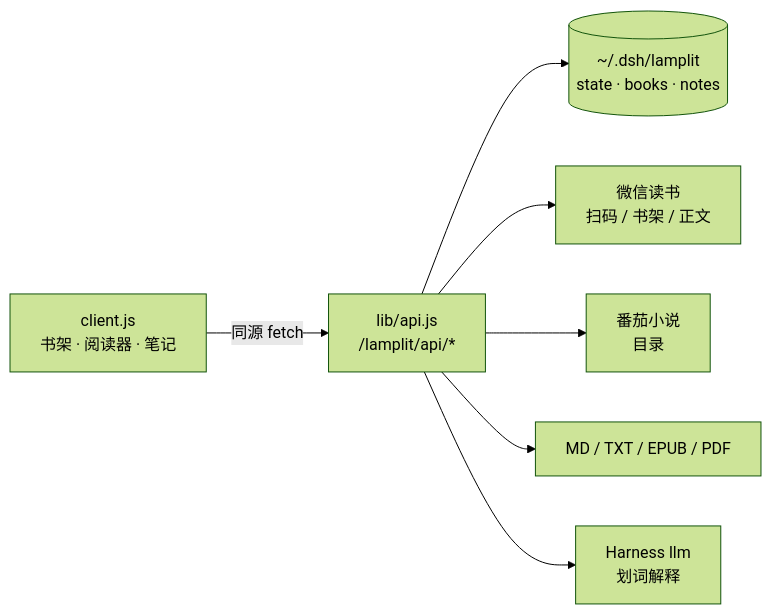
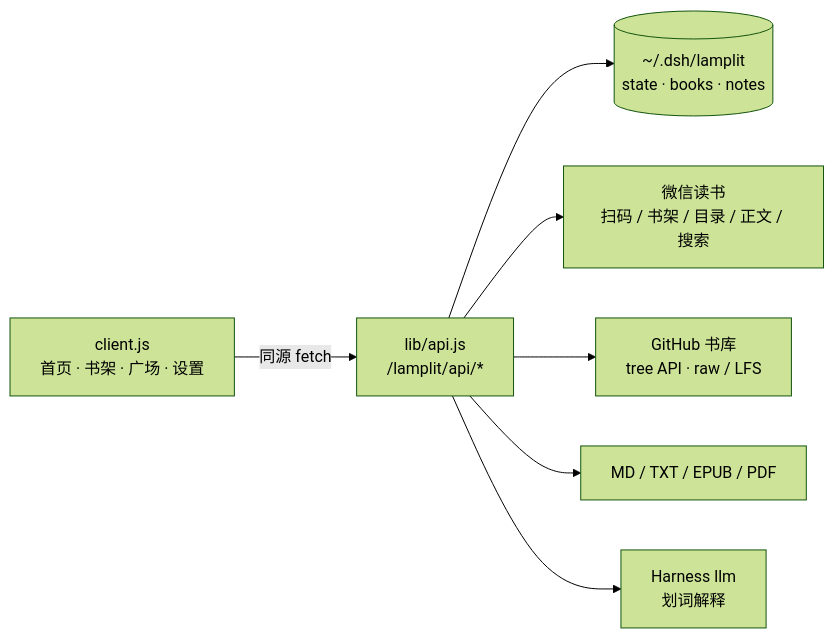
Before and after one commit to lysforge/dsh-lamplit: the diagram in README.md, drawn with Mermaid (forest theme). The commit also changed other lines of this file and 3 other files, not shown here.

Commit message:
docs: 重写 README（四页结构 / GitHub 书库 / 真实能力矩阵）+ 补 0.2.0 CHANGELOG

````diff
--- a/README.md
+++ b/README.md
@@ -100,9 +125,9 @@
 ```mermaid
 flowchart LR
-  UI[client.js<br/>书架 · 阅读器 · 笔记] -- 同源 fetch --> API[lib/api.js<br/>/lamplit/api/*]
+  UI[client.js<br/>首页 · 书架 · 广场 · 设置] -- 同源 fetch --> API[lib/api.js<br/>/lamplit/api/*]
   API --> Store[(~/.dsh/lamplit<br/>state · books · notes)]
-  API --> Weread[微信读书<br/>扫码 / 书架 / 正文]
-  API --> Fanqie[番茄小说<br/>目录]
+  API --> Weread[微信读书<br/>扫码 / 书架 / 目录 / 正文 / 搜索]
+  API --> Github[GitHub 书库<br/>tree API · raw / LFS]
   API --> Parser[MD / TXT / EPUB / PDF]
   API --> LLM[Harness llm<br/>划词解释]
 ```
````
